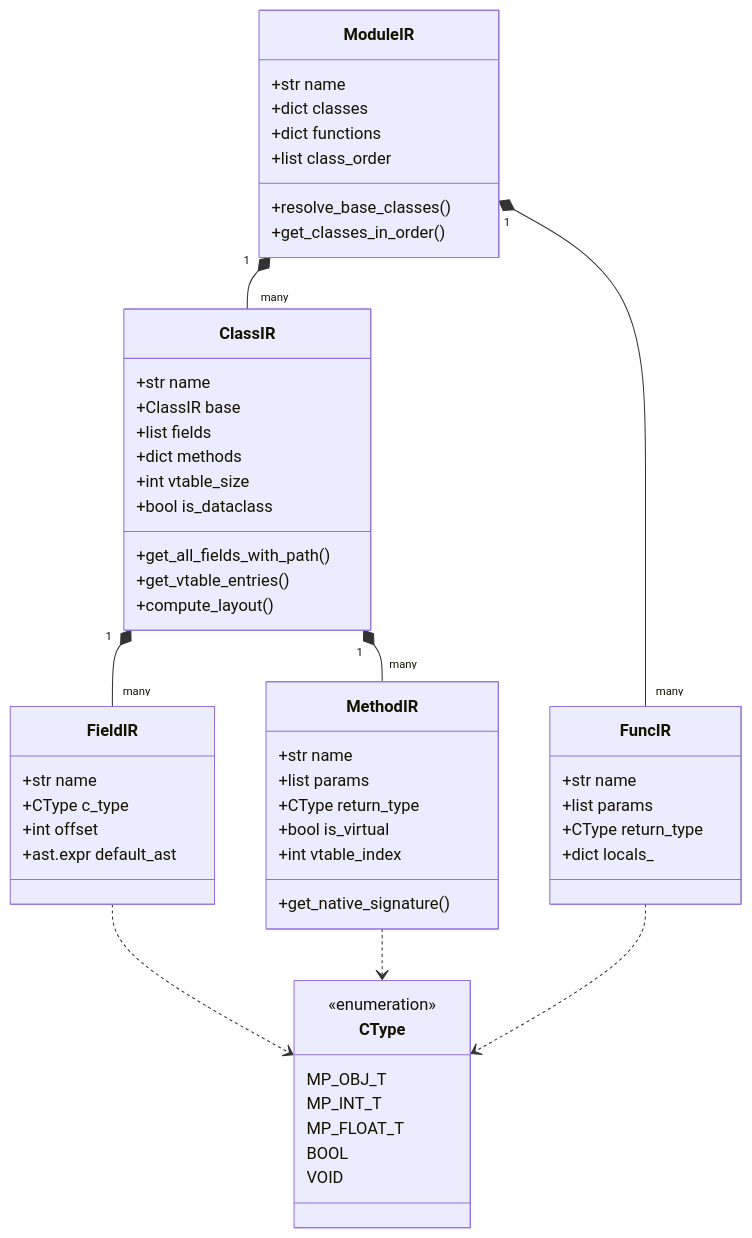
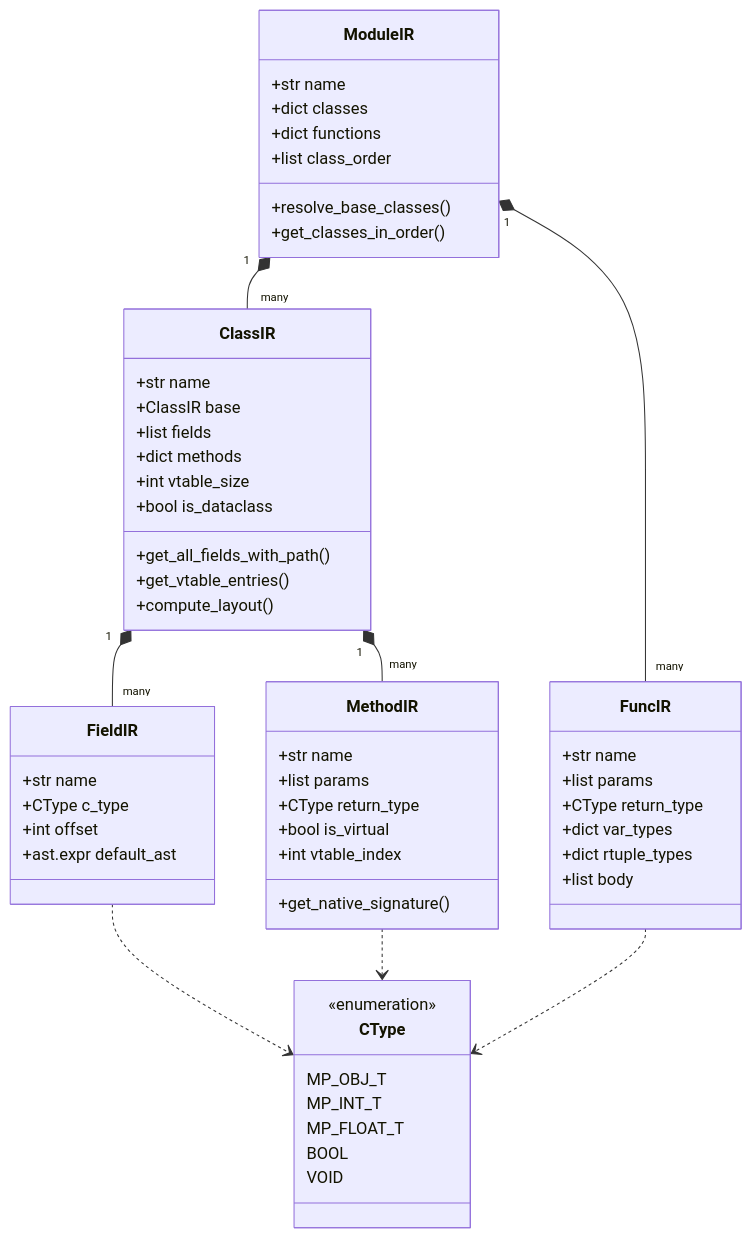
The fourth of 6 diagrams in docs/08-ir-design.md (anhlt/mypyc-micropython), drawn with Mermaid before and after one commit. The commit also changed other lines of this file and 11 other files, not shown here.

First line of the commit message:
Refactor compiler to full IR pipeline architecture

````diff
--- a/docs/08-ir-design.md
+++ b/docs/08-ir-design.md
@@ -79,58 +96,60 @@
 ```mermaid
 classDiagram
     class ModuleIR {
         +str name
         +dict classes
         +dict functions
         +list class_order
         +resolve_base_classes()
         +get_classes_in_order()
     }
     class ClassIR {
         +str name
         +ClassIR base
         +list fields
         +dict methods
         +int vtable_size
         +bool is_dataclass
         +get_all_fields_with_path()
         +get_vtable_entries()
         +compute_layout()
     }
     class FieldIR {
         +str name
         +CType c_type
         +int offset
         +ast.expr default_ast
     }
     class MethodIR {
         +str name
         +list params
         +CType return_type
         +bool is_virtual
         +int vtable_index
         +get_native_signature()
     }
     class FuncIR {
         +str name
         +list params
         +CType return_type
-        +dict locals_
+        +dict var_types
+        +dict rtuple_types
+        +list body
     }
     class CType {
         <<enumeration>>
         MP_OBJ_T
         MP_INT_T
         MP_FLOAT_T
         BOOL
         VOID
     }
 
     ModuleIR "1" *-- "many" ClassIR
     ModuleIR "1" *-- "many" FuncIR
     ClassIR "1" *-- "many" FieldIR
     ClassIR "1" *-- "many" MethodIR
     FieldIR ..> CType
     MethodIR ..> CType
     FuncIR ..> CType
 ```
````
